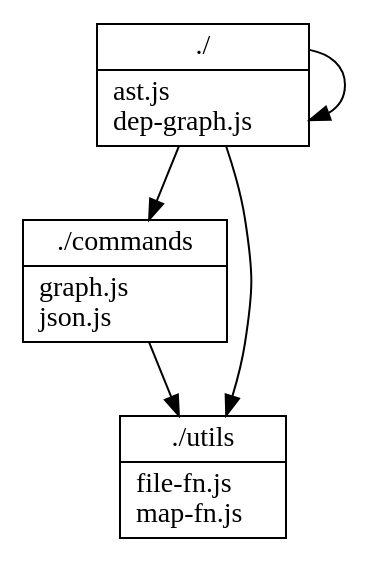
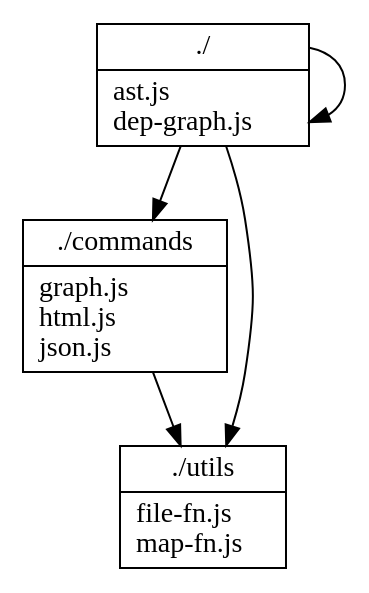
Before and after one commit to fleebe/dep-graph: the diagram in __tests__/out-eg/srcPackage.dot, drawn with Graphviz. The commit also changed 10 other files, not shown here.

```diff
--- a/__tests__/out-eg/srcPackage.dot
+++ b/__tests__/out-eg/srcPackage.dot
@@ -1,22 +1,23 @@
 digraph {
 node [shape=record];
 "./" [label="{./|
 	ast.js\l
 	dep-graph.js\l
 }"];
 
 "./commands" [label="{./commands|
 	graph.js\l
+	html.js\l
 	json.js\l
 }"];
 
 "./utils" [label="{./utils|
 	file-fn.js\l
 	map-fn.js\l
 }"];
 
 "./"->"./utils"
 "./"->"./"
 "./"->"./commands"
 "./commands"->"./utils"
 }
```
